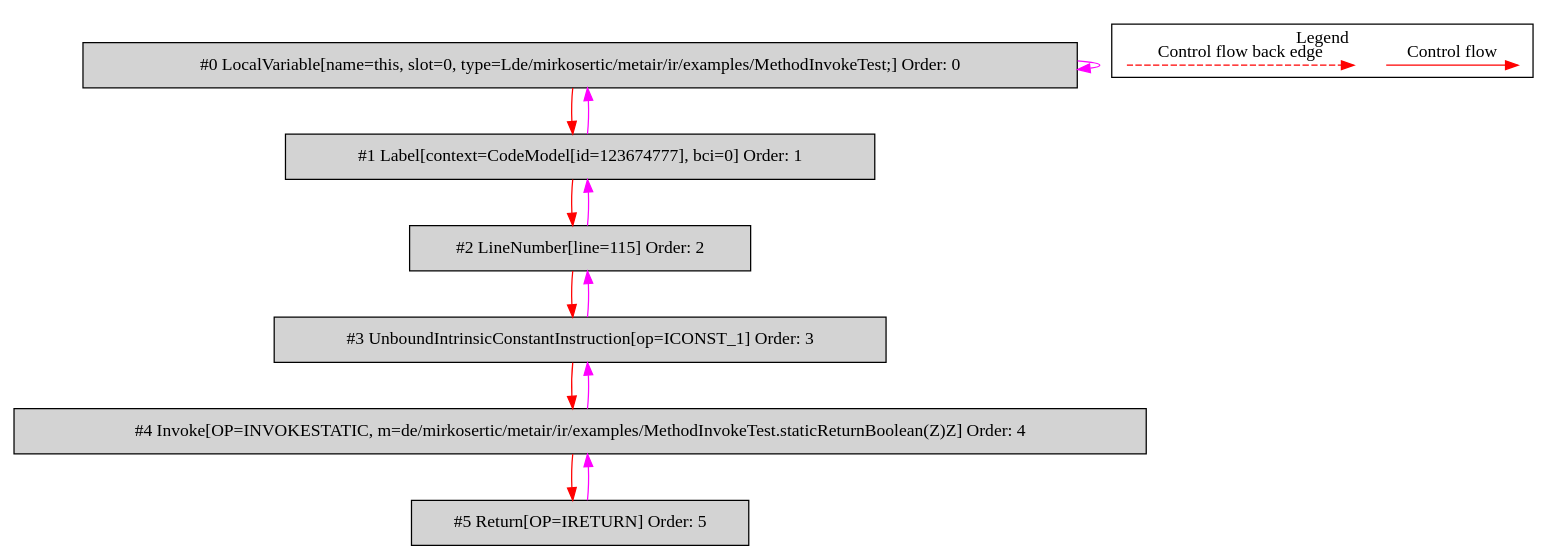
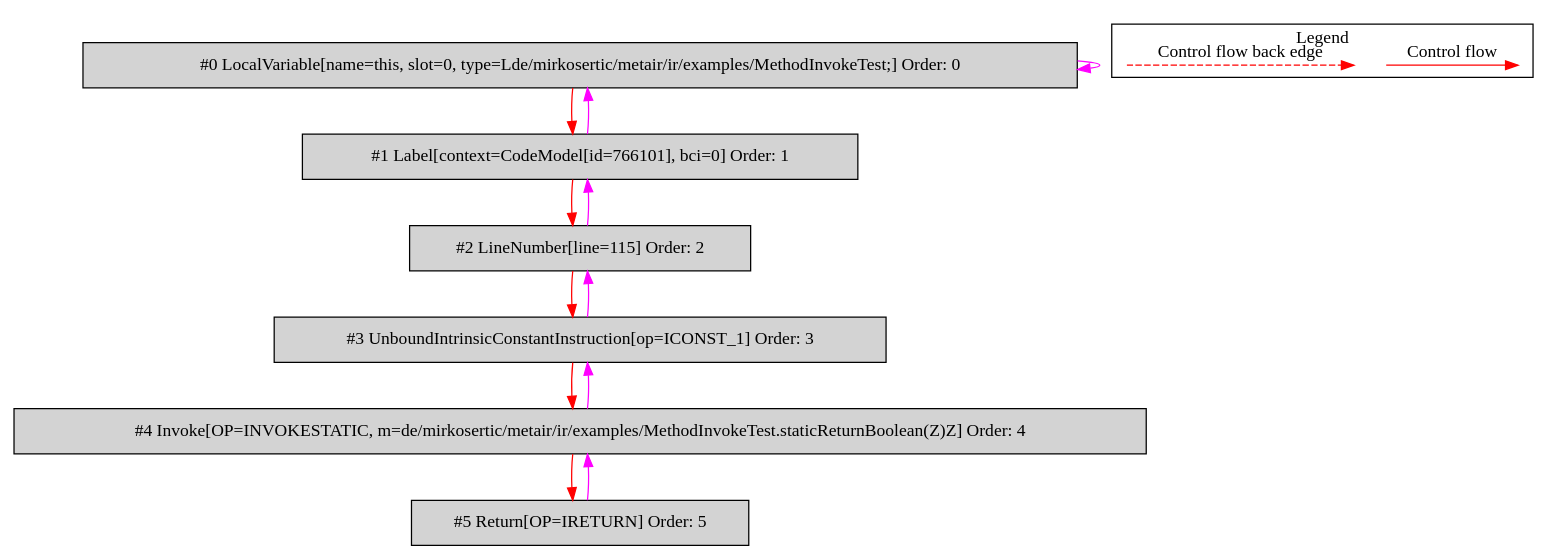
The diagram in de.mirkosertic.metair.ir.examples.MethodInvokeTest/returnBoolean/bytecodecfg.dot (mirkosertic/MetaIR), drawn with Graphviz before and after one commit. The commit also changed 434 other files, not shown here.

```diff
--- a/de.mirkosertic.metair.ir.examples.MethodInvokeTest/returnBoolean/bytecodecfg.dot
+++ b/de.mirkosertic.metair.ir.examples.MethodInvokeTest/returnBoolean/bytecodecfg.dot
@@ -1,34 +1,34 @@
 digraph {
  ordering="in";
  node0[label="#0 LocalVariable[name=this, slot=0, type=Lde/mirkosertic/metair/ir/examples/MethodInvokeTest;] Order: 0", shape=box, fillcolor=lightgrey, style=filled];
- node1[label="#1 Label[context=CodeModel[id=123674777], bci=0] Order: 1", shape=box, fillcolor=lightgrey, style=filled];
+ node1[label="#1 Label[context=CodeModel[id=766101], bci=0] Order: 1", shape=box, fillcolor=lightgrey, style=filled];
  node2[label="#2 LineNumber[line=115] Order: 2", shape=box, fillcolor=lightgrey, style=filled];
  node3[label="#3 UnboundIntrinsicConstantInstruction[op=ICONST_1] Order: 3", shape=box, fillcolor=lightgrey, style=filled];
  node4[label="#4 Invoke[OP=INVOKESTATIC, m=de/mirkosertic/metair/ir/examples/MethodInvokeTest.staticReturnBoolean(Z)Z] Order: 4", shape=box, fillcolor=lightgrey, style=filled];
  node5[label="#5 Return[OP=IRETURN] Order: 5", shape=box, fillcolor=lightgrey, style=filled];
  node0 -> node0[color=fuchsia];
  node0 -> node1[color=red];
  node1 -> node0[color=fuchsia];
  node1 -> node2[color=red];
  node2 -> node1[color=fuchsia];
  node2 -> node3[color=red];
  node3 -> node2[color=fuchsia];
  node3 -> node4[color=red];
  node4 -> node3[color=fuchsia];
  node4 -> node5[color=red];
  node5 -> node4[color=fuchsia];
  subgraph cluster_000 {
   label = "Legend";
   node [shape=point]
   {
    rank=same;
    c0 [style = invis];
    c1 [style = invis];
    c2 [style = invis];
    c3 [style = invis];
   }
   c0 -> c1 [label="Control flow", style=solid, color=red]
   c2 -> c3 [label="Control flow back edge", style=dashed, color=red]
  }
 
 }
```
